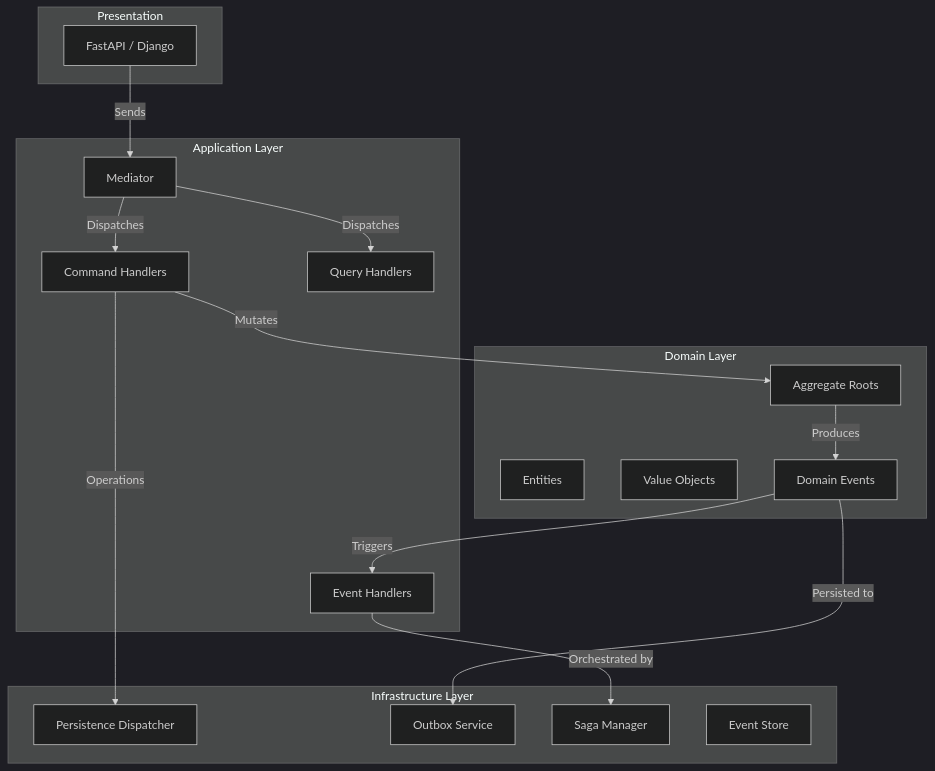
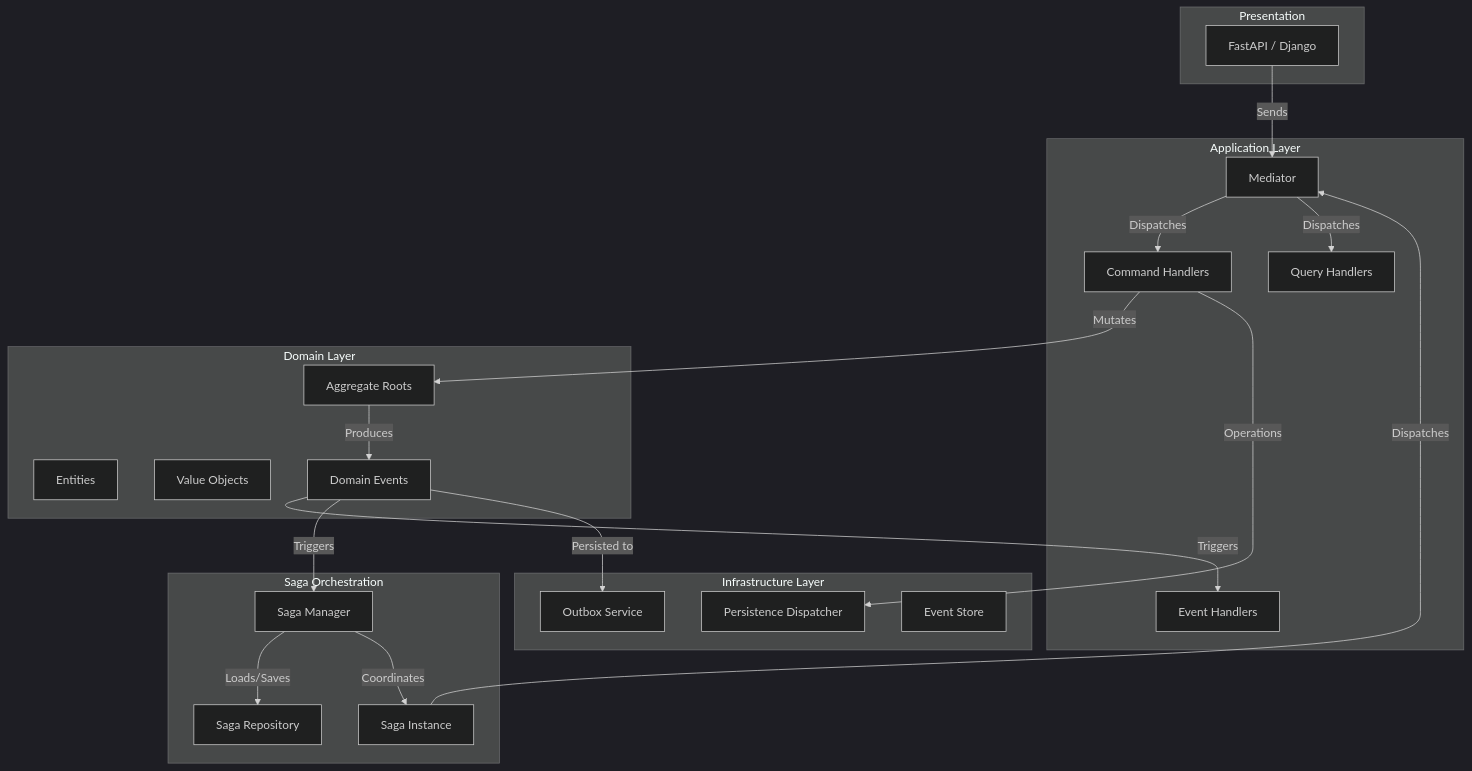
One commit to mgourlis/py-cqrs-ddd-toolkit changed the first of 5 diagrams in README.md. Above: the diagram before and after it, drawn with Mermaid (dark theme). The commit also changed other lines of this file, not shown here.

````diff
--- a/README.md
+++ b/README.md
@@ -13,37 +13,45 @@
 ```mermaid
 graph TD
     subgraph Presentation
         API[FastAPI / Django]
     end
 
     subgraph "Application Layer"
         M[Mediator]
         CH[Command Handlers]
         QH[Query Handlers]
         EH[Event Handlers]
     end
 
+    subgraph "Saga Orchestration"
+        SM[Saga Manager]
+        S[Saga Instance]
+        SR[Saga Repository]
+    end
+
     subgraph "Domain Layer"
         AR[Aggregate Roots]
         E[Entities]
         VO[Value Objects]
         DE[Domain Events]
     end
 
     subgraph "Infrastructure Layer"
         PD[Persistence Dispatcher]
         OS[Outbox Service]
-        SM[Saga Manager]
         ES[Event Store]
     end
 
     API -->|Sends| M
     M -->|Dispatches| CH
     M -->|Dispatches| QH
     CH -->|Mutates| AR
     AR -->|Produces| DE
     DE -->|Triggers| EH
+    DE -->|Triggers| SM
+    SM -->|Loads/Saves| SR
+    SM -->|Coordinates| S
+    S -->|Dispatches| M
     DE -->|Persisted to| OS
     CH -->|Operations| PD
-    EH -->|Orchestrated by| SM
 ```
````
